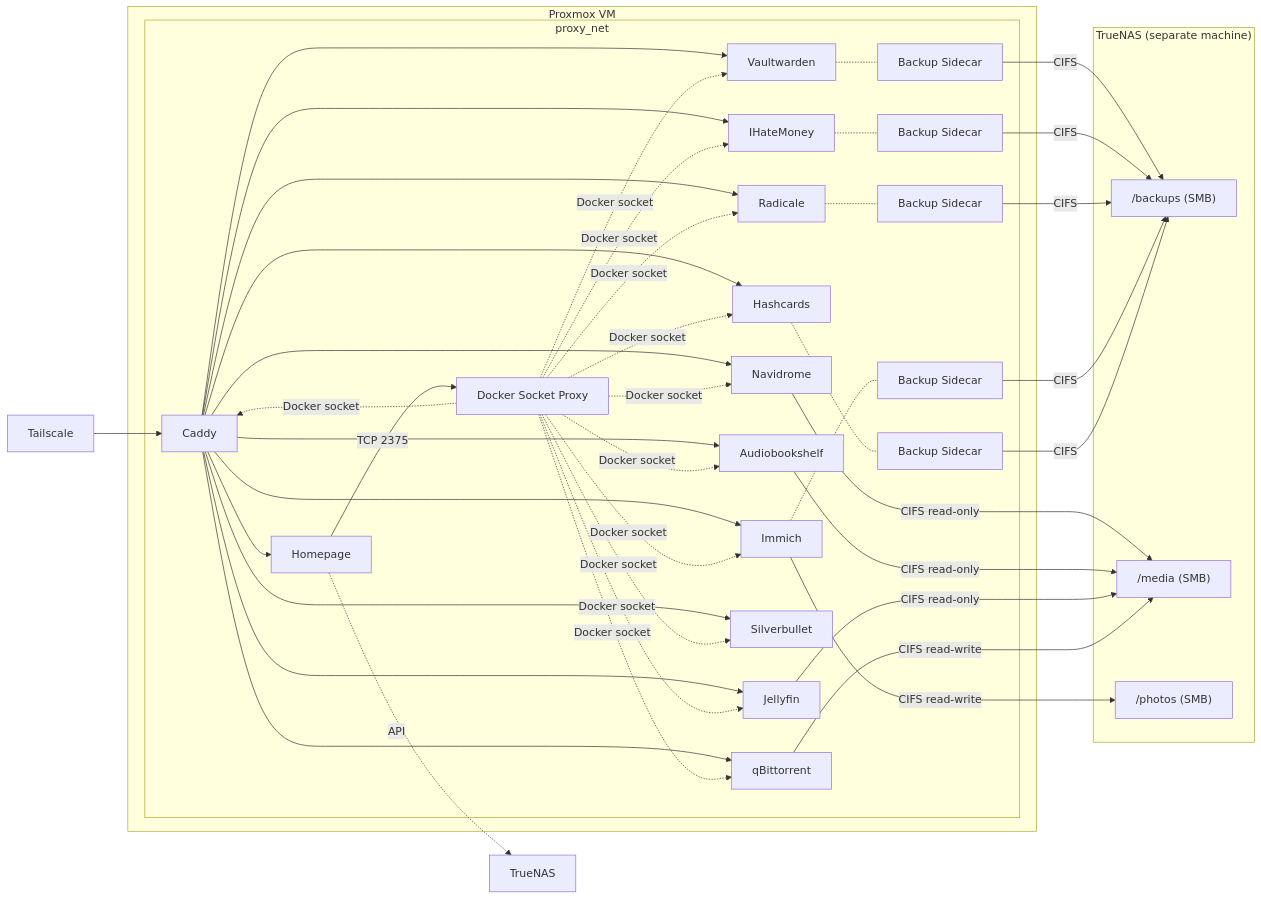
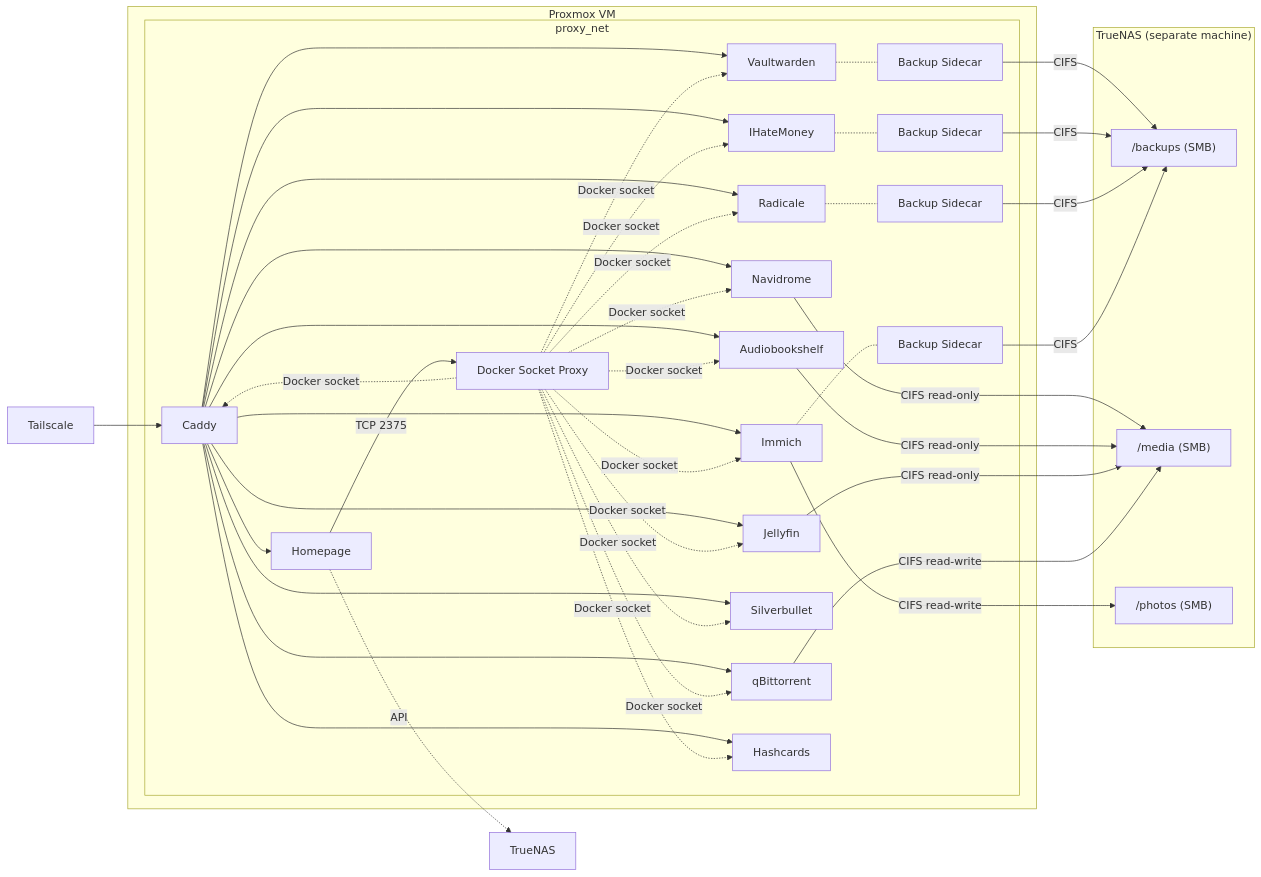
The first of 2 diagrams in README.md (masolnada/homelab), drawn with Mermaid before and after one commit. The commit also changed other lines of this file and 2 other files, not shown here.

Commit message:
refactor: drop backup sidecar from hashcards (decks tracked in git)

````diff
--- a/README.md
+++ b/README.md
@@ -7,56 +7,55 @@
 ```mermaid
 graph LR
     TS[Tailscale] --> Caddy
 
     subgraph VM["Proxmox VM"]
         subgraph proxy_net
             Caddy --> Homepage
             Caddy --> Vaultwarden
             Caddy --> Navidrome
             Caddy --> Audiobookshelf
             Caddy --> IHateMoney
             Caddy --> Jellyfin
             Caddy --> qBittorrent
             Caddy --> Radicale
             Caddy --> Silverbullet
             Caddy --> Immich[Immich]
             Caddy --> Hashcards
             Homepage -->|TCP 2375| DockerProxy[Docker Socket Proxy]
             DockerProxy -.->|Docker socket| Caddy
             DockerProxy -.->|Docker socket| Vaultwarden
             DockerProxy -.->|Docker socket| Navidrome
             DockerProxy -.->|Docker socket| Audiobookshelf
             DockerProxy -.->|Docker socket| IHateMoney
             DockerProxy -.->|Docker socket| Jellyfin
             DockerProxy -.->|Docker socket| qBittorrent
             DockerProxy -.->|Docker socket| Radicale
             DockerProxy -.->|Docker socket| Silverbullet
             DockerProxy -.->|Docker socket| Immich
             DockerProxy -.->|Docker socket| Hashcards
             Vaultwarden -.- Backup[Backup Sidecar]
             IHateMoney -.- IHMBackup[Backup Sidecar]
             Radicale -.- RadBackup[Backup Sidecar]
             Immich -.- ImmichBackup[Backup Sidecar]
-            Hashcards -.- HashcardsBackup[Backup Sidecar]
         end
     end
 
     subgraph NAS["TrueNAS (separate machine)"]
         backups["/backups (SMB)"]
         media["/media (SMB)"]
         photos["/photos (SMB)"]
     end
 
     Homepage -.->|API| TrueNAS
 
     Backup -->|CIFS| backups
     IHMBackup -->|CIFS| backups
     RadBackup -->|CIFS| backups
     ImmichBackup -->|CIFS| backups
-    HashcardsBackup -->|CIFS| backups
+
     Navidrome -->|CIFS read-only| media
     Audiobookshelf -->|CIFS read-only| media
     Jellyfin -->|CIFS read-only| media
     qBittorrent -->|CIFS read-write| media
     Immich -->|CIFS read-write| photos
 ```
````
